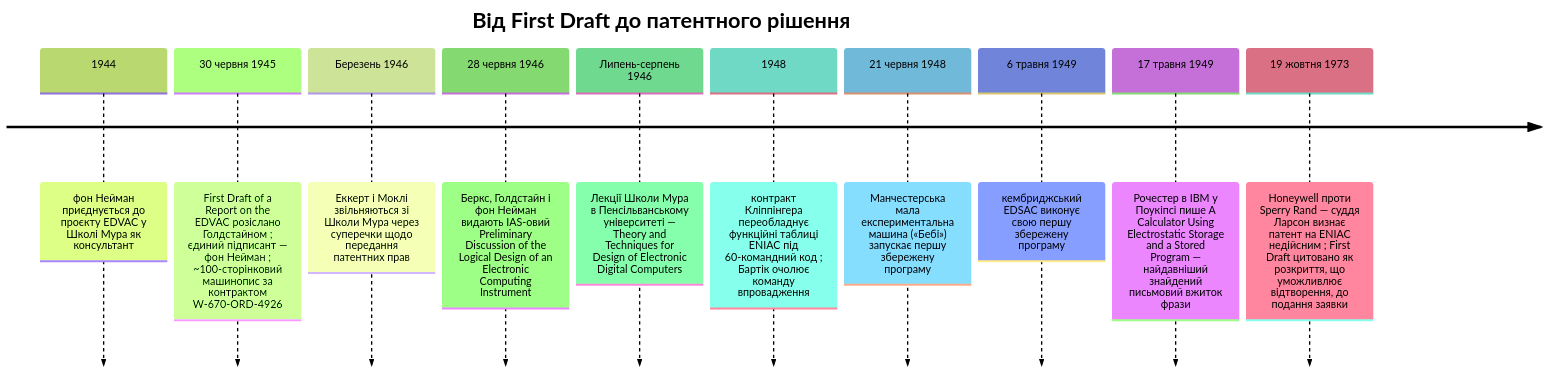
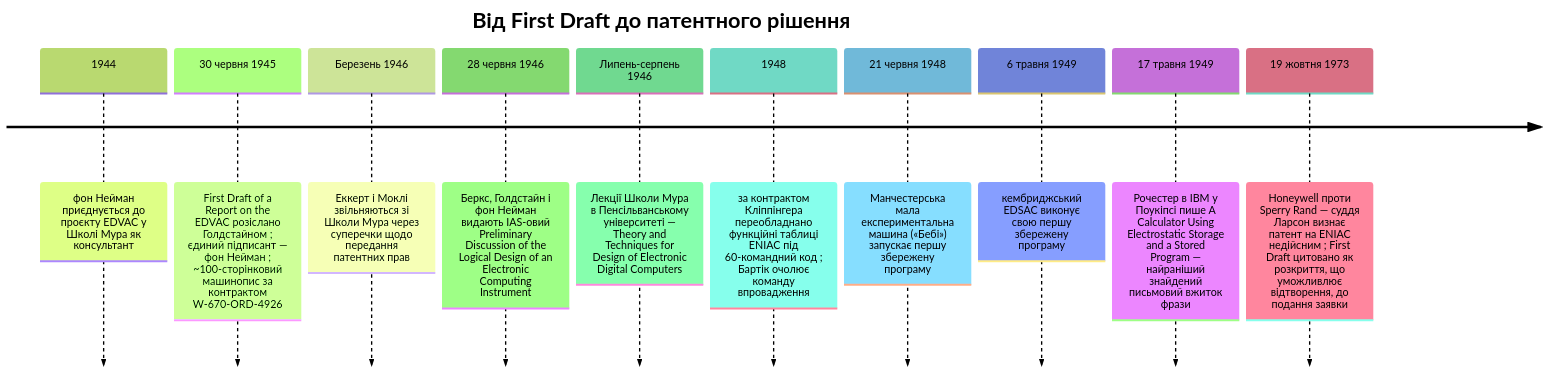
The diagram in src/content/docs/uk/ai-history/ch-08-the-stored-program.md (kube-dojo/kube-dojo), drawn with Mermaid (forest theme) before and after one commit. The commit also changed other lines of this file, not shown here.

````diff
--- a/src/content/docs/uk/ai-history/ch-08-the-stored-program.md
+++ b/src/content/docs/uk/ai-history/ch-08-the-stored-program.md
@@ -35,14 +35,14 @@
 ```mermaid
 timeline
     title Від First Draft до патентного рішення
     1944 : фон Нейман приєднується до проєкту EDVAC у Школі Мура як консультант
     30 червня 1945 : First Draft of a Report on the EDVAC розіслано Голдстайном ; єдиний підписант — фон Нейман ; ~100-сторінковий машинопис за контрактом W-670-ORD-4926
     Березень 1946 : Еккерт і Моклі звільняються зі Школи Мура через суперечки щодо передання патентних прав
     28 червня 1946 : Беркс, Голдстайн і фон Нейман видають IAS-овий Preliminary Discussion of the Logical Design of an Electronic Computing Instrument
     Липень-серпень 1946 : Лекції Школи Мура в Пенсільванському університеті — Theory and Techniques for Design of Electronic Digital Computers
-    1948 : контракт Кліппінгера переобладнує функційні таблиці ENIAC під 60-командний код ; Бартік очолює команду впровадження
+    1948 : за контрактом Кліппінгера переобладнано функційні таблиці ENIAC під 60-командний код ; Бартік очолює команду впровадження
     21 червня 1948 : Манчестерська мала експериментальна машина («Бебі») запускає першу збережену програму
     6 травня 1949 : кембриджський EDSAC виконує свою першу збережену програму
-    17 травня 1949 : Рочестер в IBM у Поукіпсі пише A Calculator Using Electrostatic Storage and a Stored Program — найдавніший знайдений письмовий вжиток фрази
+    17 травня 1949 : Рочестер в IBM у Поукіпсі пише A Calculator Using Electrostatic Storage and a Stored Program — найраніший знайдений письмовий вжиток фрази
     19 жовтня 1973 : Honeywell проти Sperry Rand — суддя Ларсон визнає патент на ENIAC недійсним ; First Draft цитовано як розкриття, що уможливлює відтворення, до подання заявки
 ```
````
